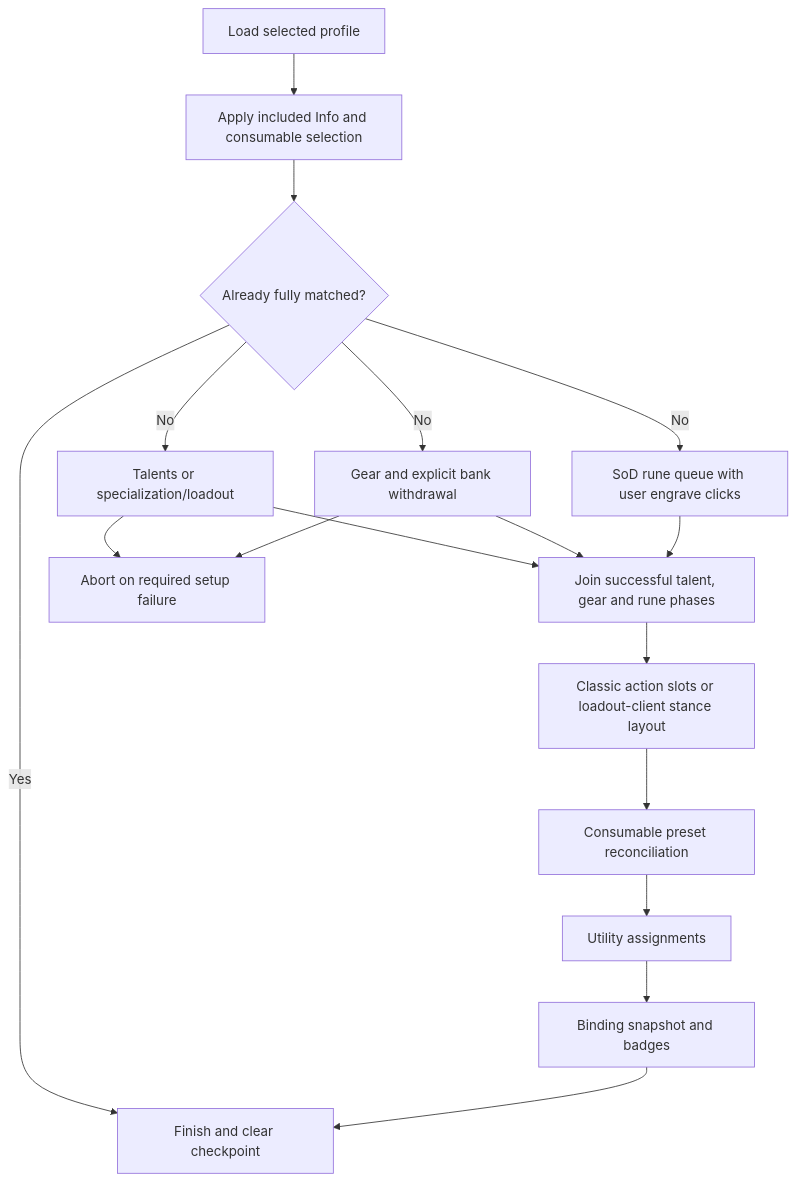
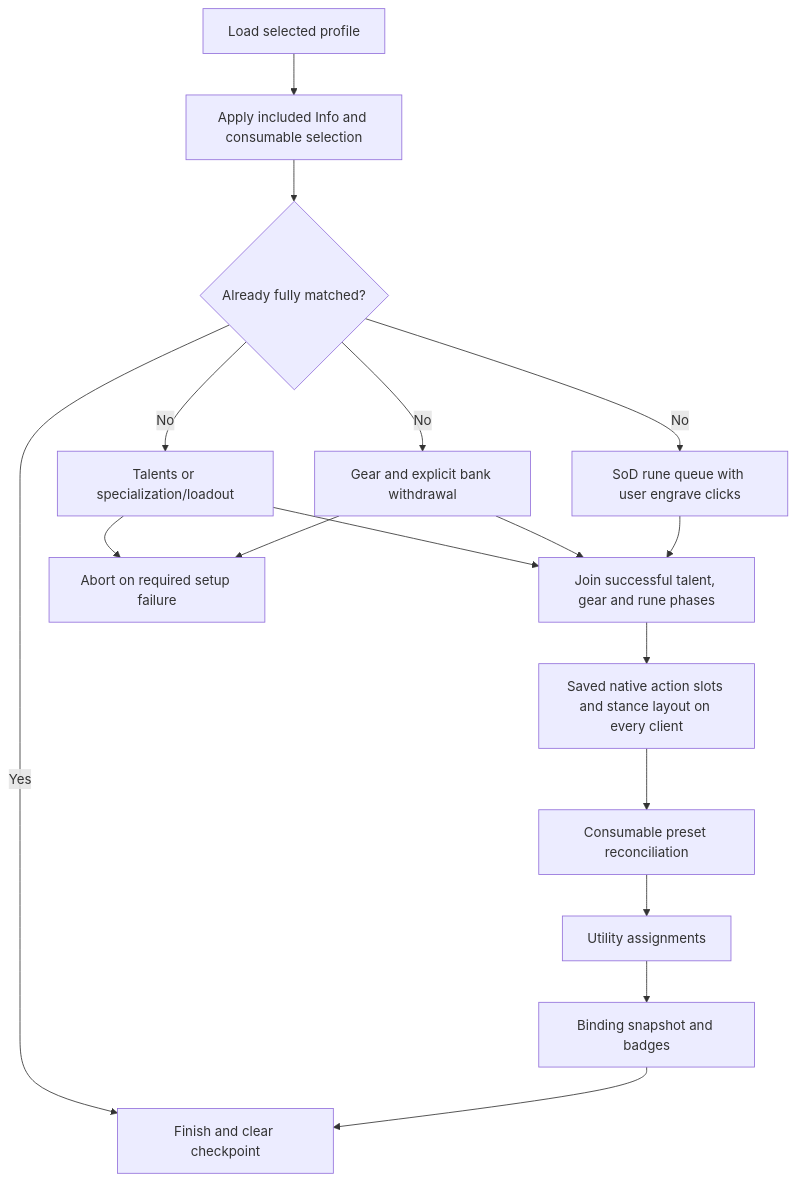
Before and after one commit to DoctorFlux/FluxUI: the diagram in docs/23-respec.md, drawn with Mermaid. The commit also changed other lines of this file and 862 other files, not shown here.

````diff
--- a/docs/23-respec.md
+++ b/docs/23-respec.md
@@ -44,19 +51,19 @@
 ```mermaid
 flowchart TD
     L[Load selected profile] --> I[Apply included Info and consumable selection]
     I --> C{Already fully matched?}
     C -->|Yes| D[Finish and clear checkpoint]
     C -->|No| T[Talents or specialization/loadout]
     C -->|No| G[Gear and explicit bank withdrawal]
     C -->|No| R[SoD rune queue with user engrave clicks]
     T --> J[Join successful talent, gear and rune phases]
     G --> J
     R --> J
-    J --> B[Classic action slots or loadout-client stance layout]
+    J --> B[Saved native action slots and stance layout on every client]
     B --> P[Consumable preset reconciliation]
     P --> U[Utility assignments]
     U --> S[Binding snapshot and badges]
     S --> D
     T --> F[Abort on required setup failure]
     G --> F
 ```
````
